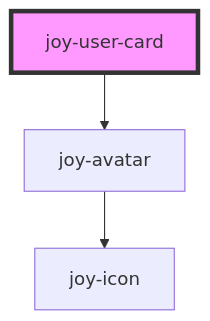
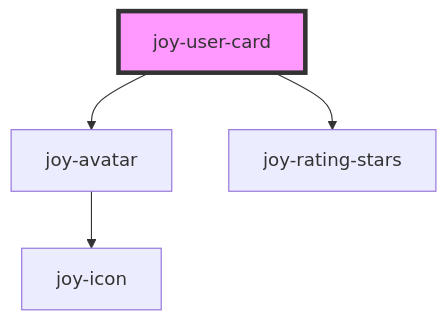
One commit to Maltcommunity/joy changed the diagram in core/src/components/user-card/readme.md. Above: the diagram before and after it, drawn with Mermaid. The commit also changed other lines of this file and 5 other files, not shown here.

Commit message:
Migrate rating stars

````diff
--- a/core/src/components/user-card/readme.md
+++ b/core/src/components/user-card/readme.md
@@ -104,6 +105,7 @@
 ```mermaid
 graph TD;
   joy-user-card --> joy-avatar
+  joy-user-card --> joy-rating-stars
   joy-avatar --> joy-icon
   style joy-user-card fill:#f9f,stroke:#333,stroke-width:4px
 ```
````
